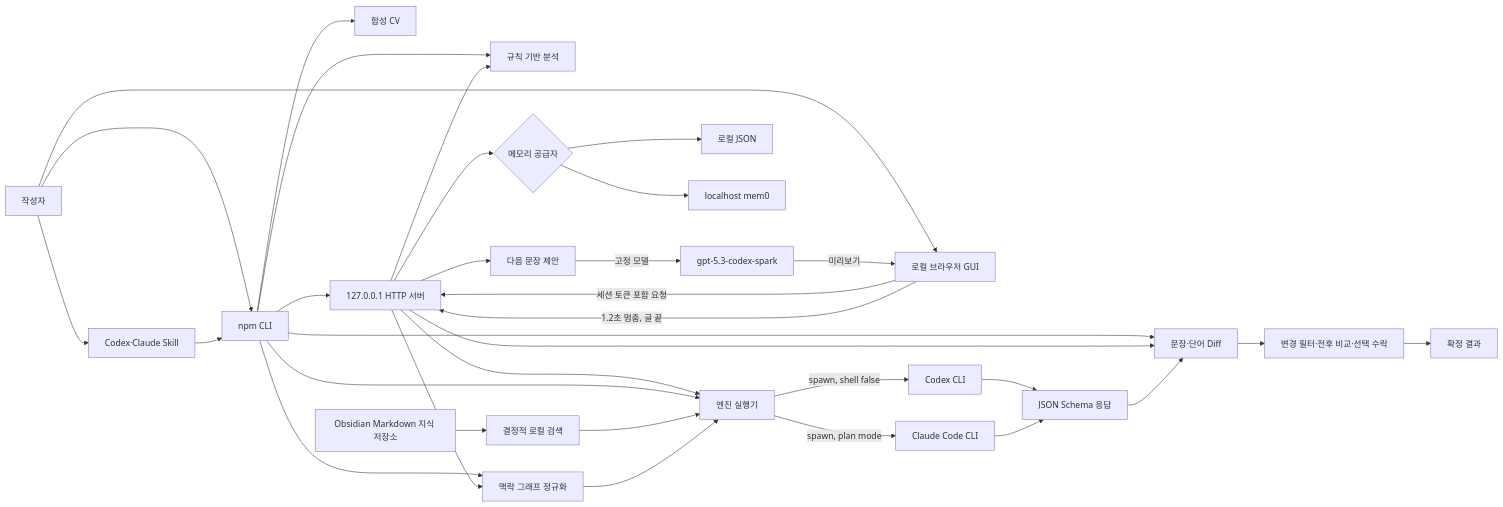
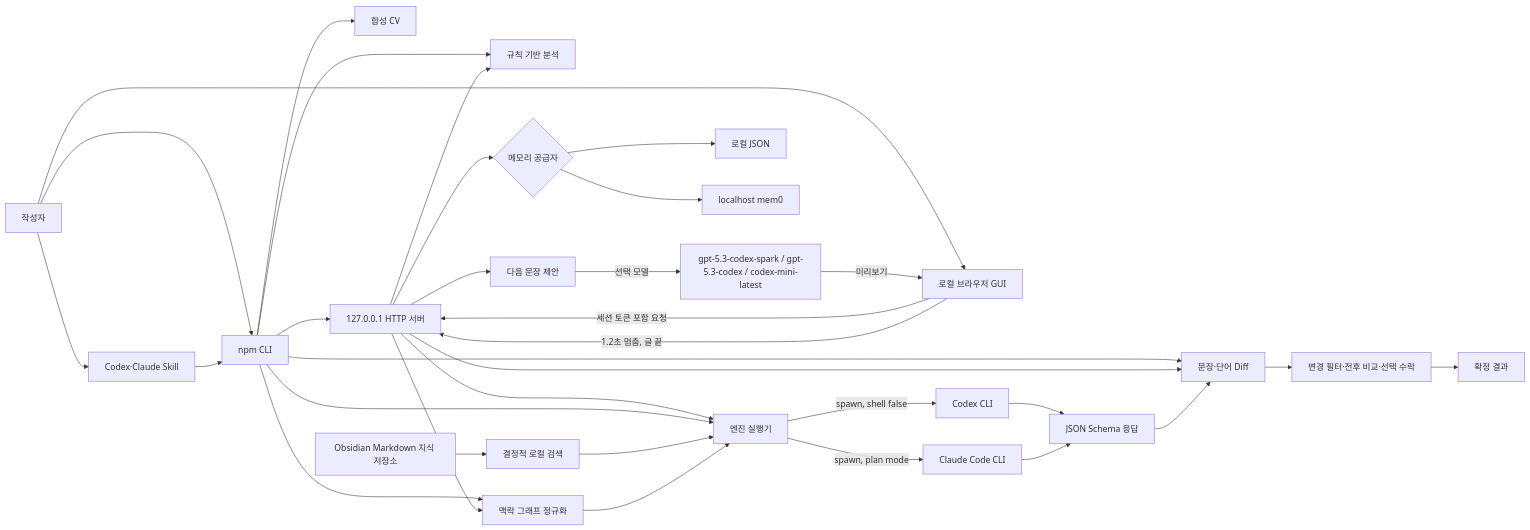
Before and after one commit to kuseumkkrkkr/KR-humanizer: the first of 9 diagrams in README.md, drawn with Mermaid. The commit also changed other lines of this file and 12 other files, not shown here.

````diff
--- a/README.md
+++ b/README.md
@@ -93,38 +93,38 @@
 ```mermaid
 flowchart LR
   Writer[작성자] --> Skill[Codex·Claude Skill]
   Writer --> CLI[npm CLI]
   Writer --> GUI[로컬 브라우저 GUI]
 
   Skill --> CLI
   CLI --> Analyze[규칙 기반 분석]
   CLI --> Context[맥락 그래프 정규화]
   CLI --> Diff[문장·단어 Diff]
   CLI --> CV[합성 CV]
   CLI --> Server[127.0.0.1 HTTP 서버]
   GUI -->|세션 토큰 포함 요청| Server
   GUI -->|1.2초 멈춤, 글 끝| Server
   Server --> Complete[다음 문장 제안]
-  Complete -->|고정 모델| Spark[gpt-5.3-codex-spark]
+  Complete -->|선택 모델| Spark[gpt-5.3-codex-spark / gpt-5.3-codex / codex-mini-latest]
   Spark -->|미리보기| GUI
 
   Server --> Analyze
   Server --> Context
   Server --> Diff
   Server --> Memory{메모리 공급자}
   Memory --> Local[로컬 JSON]
   Memory --> Mem0[localhost mem0]
 
   Server --> Runner[엔진 실행기]
   CLI --> Runner
   Runner -->|spawn, shell false| Codex[Codex CLI]
   Runner -->|spawn, plan mode| Claude[Claude Code CLI]
   Vault[Obsidian Markdown 지식 저장소] --> Retriever[결정적 로컬 검색]
   Retriever --> Runner
   Context --> Runner
   Codex --> Schema[JSON Schema 응답]
   Claude --> Schema
   Schema --> Diff
   Diff --> Review[변경 필터·전후 비교·선택 수락]
   Review --> Result[확정 결과]
 ```
````
